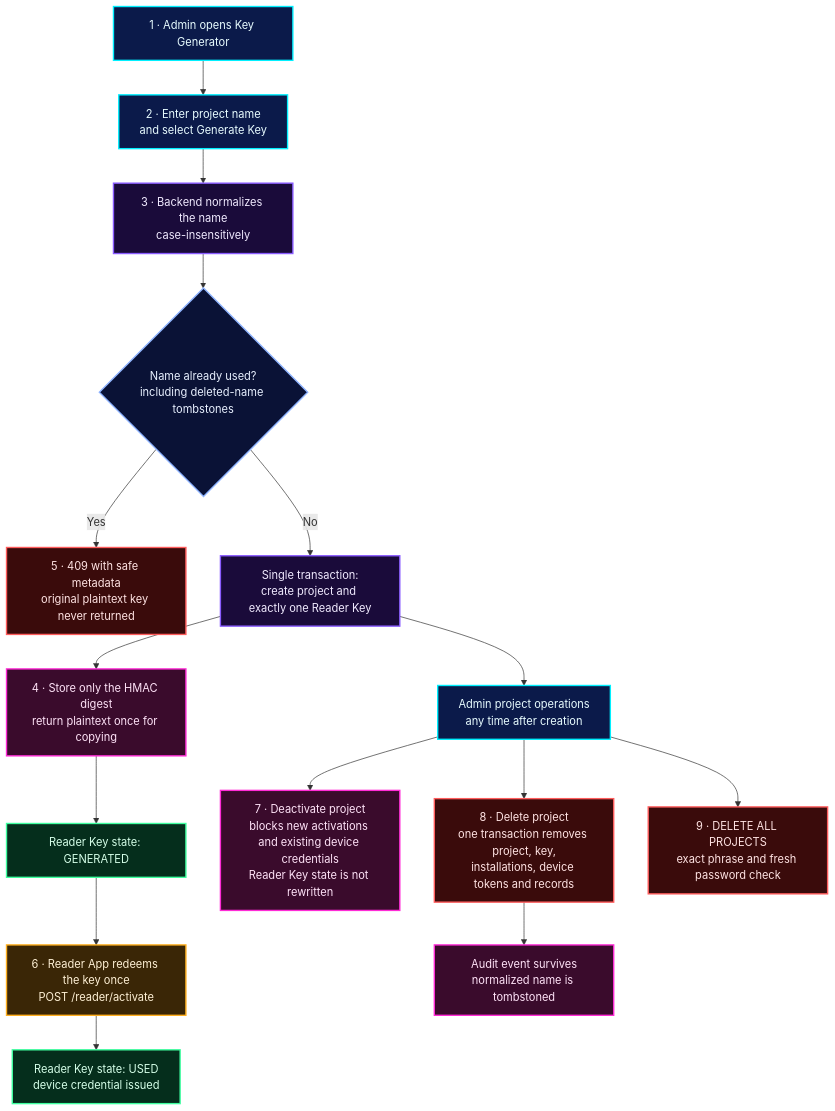
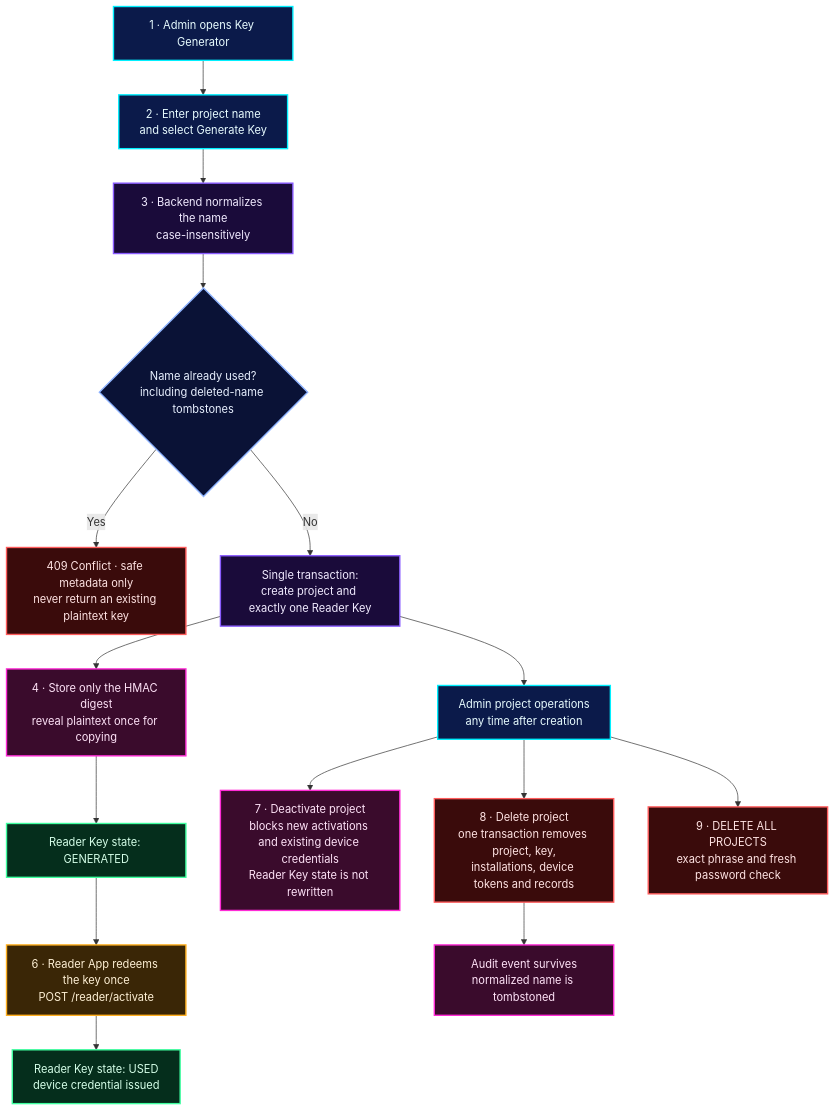
Diagram 13 of 23 in README.md (shajeduzzamanenan992008inc/NexOra-Database-key-Gen), drawn with Mermaid before and after one commit. The commit also changed other lines of this file, not shown here.

````diff
--- a/README.md
+++ b/README.md
@@ -999,24 +1027,24 @@
 ```mermaid
 flowchart TD
-    S1["1 · Admin opens Key Generator"]:::admin --> S2["2 · Enter project name<br/>and select Generate Key"]:::admin
-    S2 --> S3["3 · Backend normalizes the name<br/>case-insensitively"]:::core
-    S3 --> Q1{"Name already used?<br/>including deleted-name tombstones"}:::dec
-    Q1 -->|Yes| R409["5 · 409 with safe metadata<br/>original plaintext key never returned"]:::bad
-    Q1 -->|No| T1["Single transaction:<br/>create project and exactly one Reader Key"]:::core
-    T1 --> T2["4 · Store only the HMAC digest<br/>return plaintext once for copying"]:::sec
+    S1["1 · Admin opens Key Generator"]:::admin --> S2["2 · Enter project name<br>and select Generate Key"]:::admin
+    S2 --> S3["3 · Backend normalizes the name<br>case-insensitively"]:::core
+    S3 --> Q1{"Name already used?<br>including deleted-name tombstones"}:::dec
+    Q1 -->|Yes| R409["409 Conflict · safe metadata only<br>never return an existing plaintext key"]:::bad
+    Q1 -->|No| T1["Single transaction:<br>create project and exactly one Reader Key"]:::core
+    T1 --> T2["4 · Store only the HMAC digest<br>reveal plaintext once for copying"]:::sec
     T2 --> ST1["Reader Key state: GENERATED"]:::data
-    ST1 --> RA["6 · Reader App redeems the key once<br/>POST /reader/activate"]:::ext
-    RA --> ST2["Reader Key state: USED<br/>device credential issued"]:::data
-    T1 --> OPS["Admin project operations<br/>any time after creation"]:::admin
-    OPS --> DA["7 · Deactivate project<br/>blocks new activations and existing device credentials<br/>Reader Key state is not rewritten"]:::sec
-    OPS --> DP["8 · Delete project<br/>one transaction removes project, key,<br/>installations, device tokens and records"]:::bad
-    DP --> AU["Audit event survives<br/>normalized name is tombstoned"]:::sec
-    OPS --> DAP["9 · DELETE ALL PROJECTS<br/>exact phrase and fresh password check"]:::bad
+    ST1 --> RA["6 · Reader App redeems the key once<br>POST /reader/activate"]:::ext
+    RA --> ST2["Reader Key state: USED<br>device credential issued"]:::data
+    T1 --> OPS["Admin project operations<br>any time after creation"]:::admin
+    OPS --> DA["7 · Deactivate project<br>blocks new activations and existing device credentials<br>Reader Key state is not rewritten"]:::sec
+    OPS --> DP["8 · Delete project<br>one transaction removes project, key,<br>installations, device tokens and records"]:::bad
+    DP --> AU["Audit event survives<br>normalized name is tombstoned"]:::sec
+    OPS --> DAP["9 · DELETE ALL PROJECTS<br>exact phrase and fresh password check"]:::bad
     classDef admin fill:#0b1a4a,stroke:#00f0ff,stroke-width:2px,color:#e8fcff;
     classDef core fill:#1a0b3a,stroke:#8a5cff,stroke-width:2px,color:#f1ebff;
     classDef data fill:#052e1c,stroke:#3fffa0,stroke-width:2px,color:#d6ffe9;
     classDef ext fill:#3a2606,stroke:#ffb020,stroke-width:2px,color:#fff1d6;
     classDef sec fill:#3a0b2c,stroke:#ff2bd6,stroke-width:2px,color:#ffe3f8;
     classDef bad fill:#3a0b0b,stroke:#ff5c5c,stroke-width:2px,color:#ffe3e3;
     classDef dec fill:#0a1236,stroke:#8fb4ff,stroke-width:2px,color:#e8f0ff;
 ```
````
